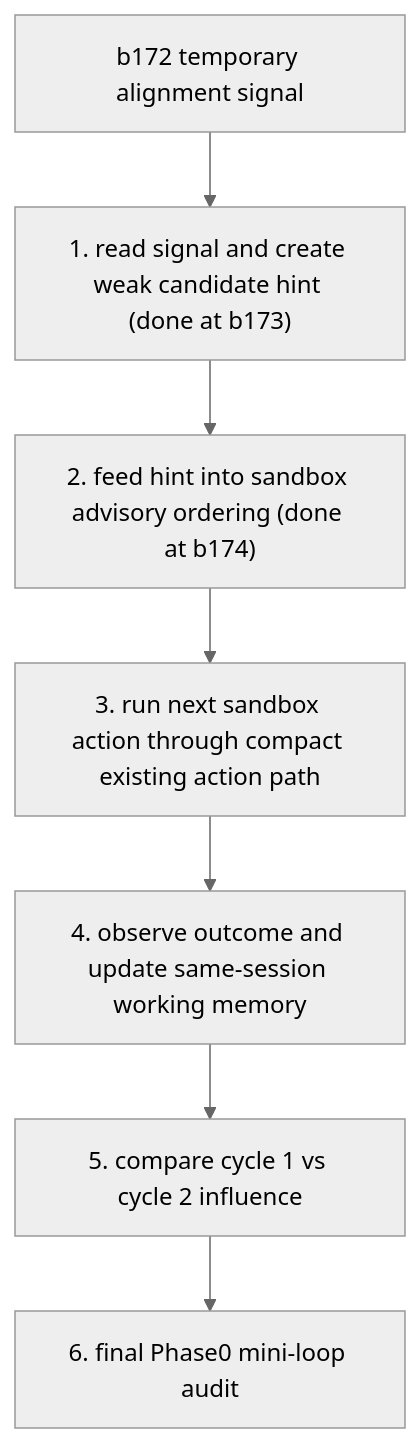
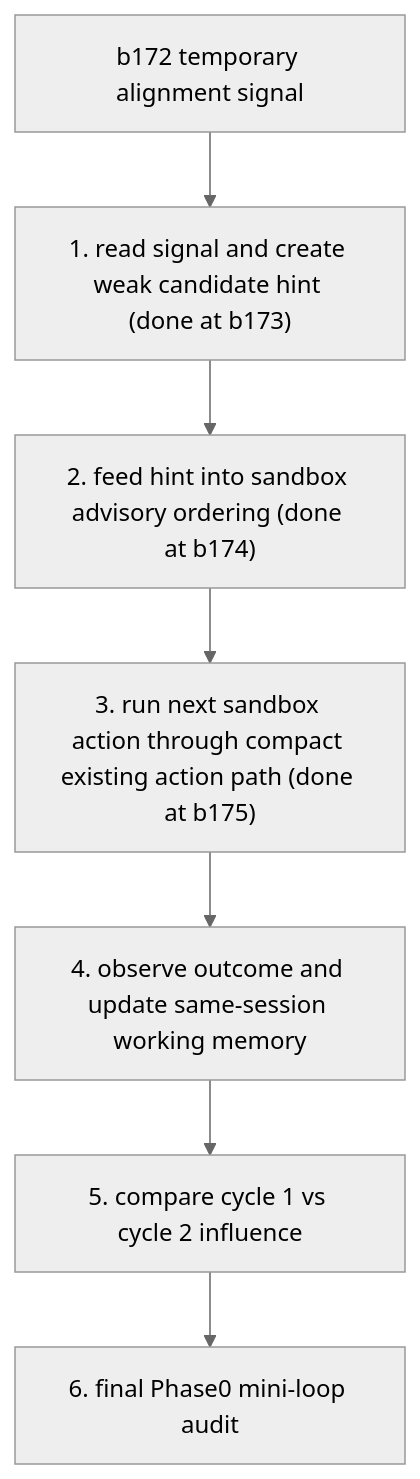
One commit to DeifiedXE/ashl_core_lab_v0 changed the diagram in docs/phase0_minimal_learning_action_memory_loop_plan.md. Above: the diagram before and after it, drawn with Mermaid (neutral theme). The commit also changed other lines of this file and 12 other files, not shown here.

Commit message:
Add thought memory action sandbox action path

````diff
--- a/docs/phase0_minimal_learning_action_memory_loop_plan.md
+++ b/docs/phase0_minimal_learning_action_memory_loop_plan.md
@@ -111,9 +116,9 @@
 ```mermaid
 flowchart TD
     A["b172 temporary alignment signal"] --> B["1. read signal and create weak candidate hint (done at b173)"]
     B --> C["2. feed hint into sandbox advisory ordering (done at b174)"]
-    C --> D["3. run next sandbox action through compact existing action path"]
+    C --> D["3. run next sandbox action through compact existing action path (done at b175)"]
     D --> E["4. observe outcome and update same-session working memory"]
     E --> F["5. compare cycle 1 vs cycle 2 influence"]
     F --> G["6. final Phase0 mini-loop audit"]
 ```
````
